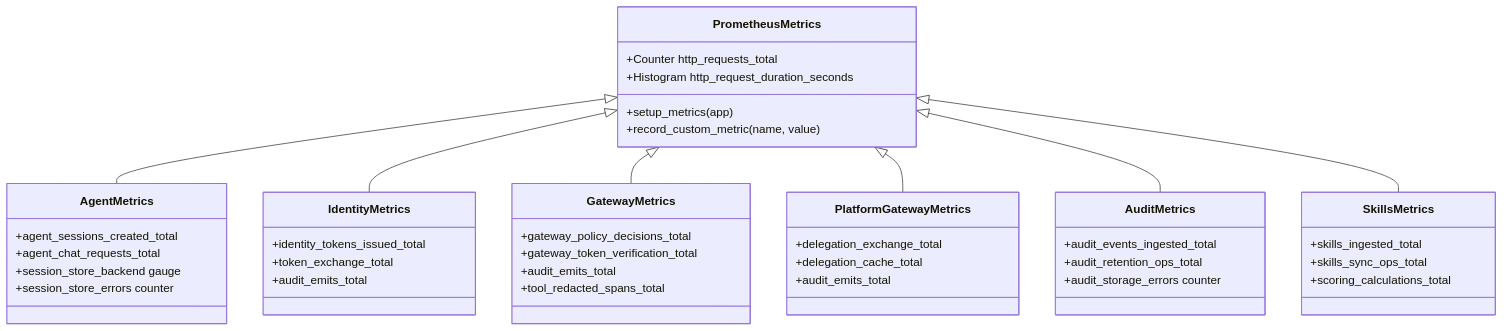
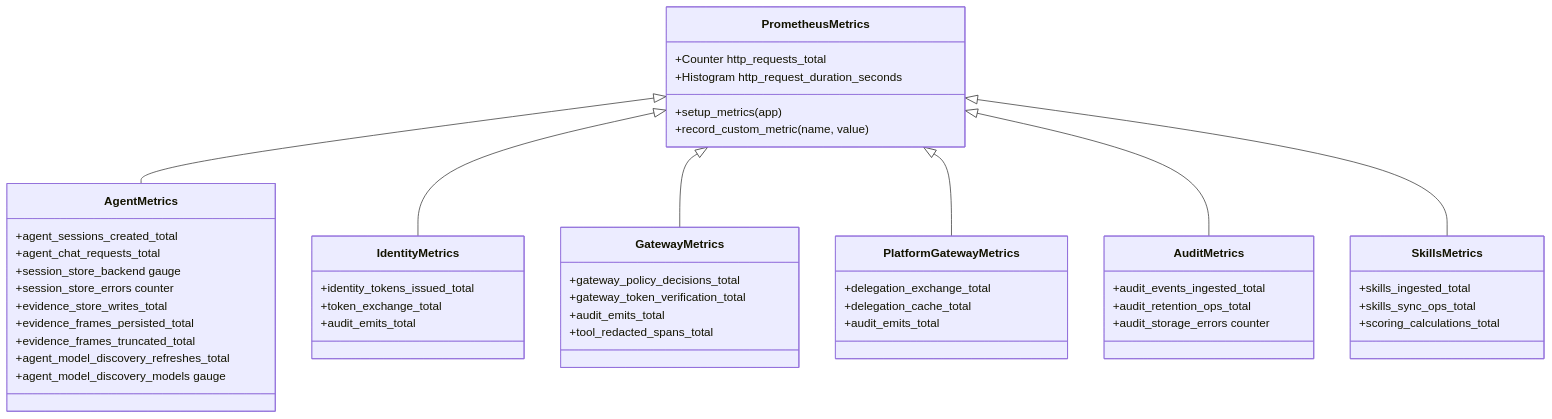
Before and after one commit to metasync/luban-aiops: the sixth of 12 diagrams in .qoder/repowiki/en/content/Monitoring and Observability/Monitoring and Observability.md, drawn with Mermaid. The commit also changed other lines of this file and 7 other files, not shown here.

````diff
--- a/.qoder/repowiki/en/content/Monitoring and Observability/Monitoring and Observability.md
+++ b/.qoder/repowiki/en/content/Monitoring and Observability/Monitoring and Observability.md
@@ -287,47 +370,52 @@
 ```mermaid
 classDiagram
 class PrometheusMetrics {
 +Counter http_requests_total
 +Histogram http_request_duration_seconds
 +setup_metrics(app)
 +record_custom_metric(name, value)
 }
 class AgentMetrics {
 +agent_sessions_created_total
 +agent_chat_requests_total
 +session_store_backend gauge
 +session_store_errors counter
++evidence_store_writes_total
++evidence_frames_persisted_total
++evidence_frames_truncated_total
++agent_model_discovery_refreshes_total
++agent_model_discovery_models gauge
 }
 class IdentityMetrics {
 +identity_tokens_issued_total
 +token_exchange_total
 +audit_emits_total
 }
 class GatewayMetrics {
 +gateway_policy_decisions_total
 +gateway_token_verification_total
 +audit_emits_total
 +tool_redacted_spans_total
 }
 class PlatformGatewayMetrics {
 +delegation_exchange_total
 +delegation_cache_total
 +audit_emits_total
 }
 class AuditMetrics {
 +audit_events_ingested_total
 +audit_retention_ops_total
 +audit_storage_errors counter
 }
 class SkillsMetrics {
 +skills_ingested_total
 +skills_sync_ops_total
 +scoring_calculations_total
 }
 PrometheusMetrics <|-- AgentMetrics
 PrometheusMetrics <|-- IdentityMetrics
 PrometheusMetrics <|-- GatewayMetrics
 PrometheusMetrics <|-- PlatformGatewayMetrics
 PrometheusMetrics <|-- AuditMetrics
 PrometheusMetrics <|-- SkillsMetrics
 ```
````
